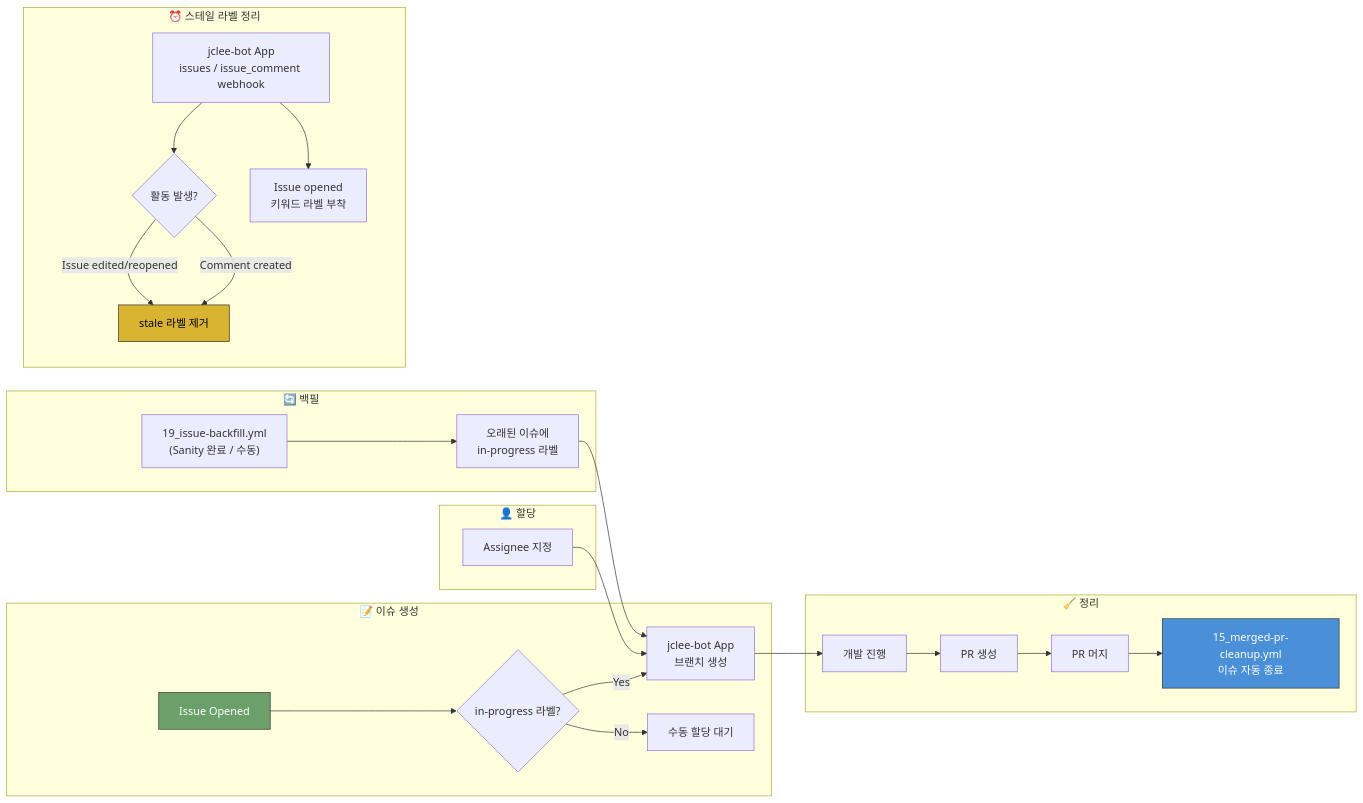
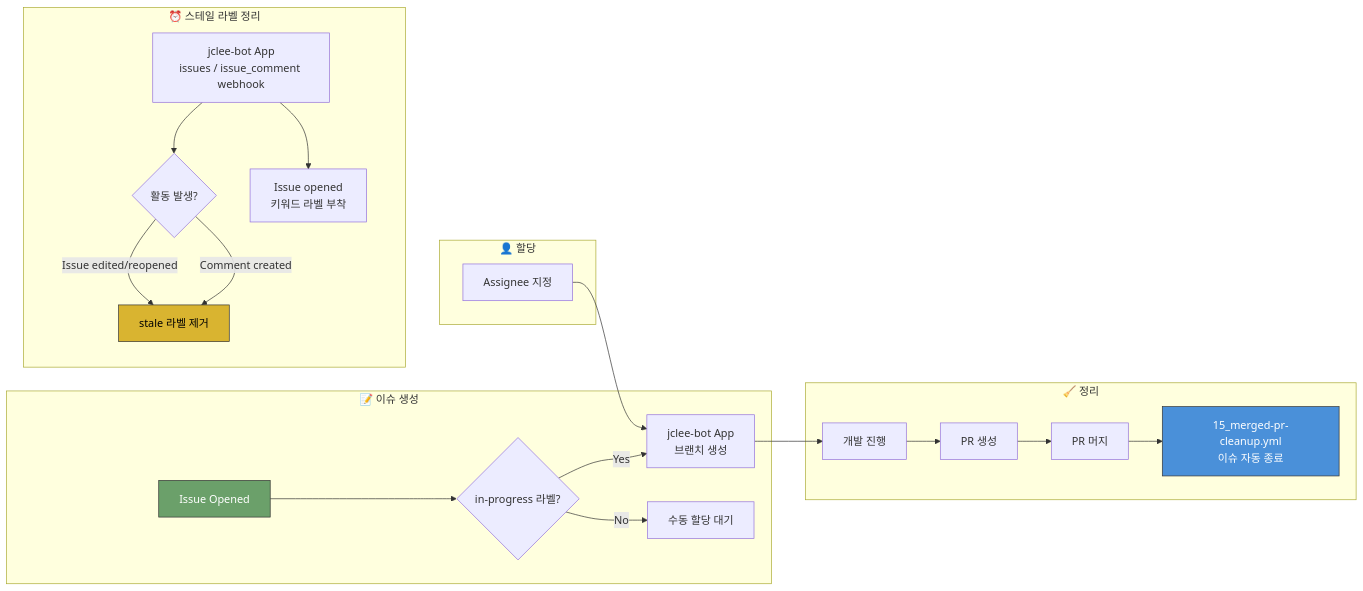
One commit to jclee941/.github changed the fourth of 10 diagrams in docs/architecture.md. Above: the diagram before and after it, drawn with Mermaid. The commit also changed other lines of this file and 13 other files, not shown here.

````diff
--- a/docs/architecture.md
+++ b/docs/architecture.md
@@ -169,35 +169,30 @@
 ```mermaid
 flowchart LR
     subgraph 생성["📝 이슈 생성"]
         A["Issue Opened"] --> B{"in-progress 라벨?"}
         B -->|Yes| C["jclee-bot App<br/>브랜치 생성"]
         B -->|No| D["수동 할당 대기"]
     end
     
     subgraph 할당["👤 할당"]
         E["Assignee 지정"] --> C
-    end
-    
-    subgraph 백필["🔄 백필"]
-        F["19_issue-backfill.yml<br/>(Sanity 완료 / 수동)"] --> G["오래된 이슈에<br/>in-progress 라벨"]
-        G --> C
     end
     
     subgraph 정리["🧹 정리"]
         C --> H["개발 진행"]
         H --> I["PR 생성"]
         I --> J["PR 머지"]
         J --> K["15_merged-pr-cleanup.yml<br/>이슈 자동 종료"]
     end
     
     subgraph 스테일["⏰ 스테일 라벨 정리"]
         L["jclee-bot App<br/>issues / issue_comment webhook"] --> M{"활동 발생?"}
         M -->|Issue edited/reopened| Q["stale 라벨 제거"]
         M -->|Comment created| Q
         L --> N["Issue opened<br/>키워드 라벨 부착"]
     end
     
     style A fill:#6ba06a,stroke:#333,color:#fff
     style K fill:#4a90d9,stroke:#333,color:#fff
     style Q fill:#d9b430,stroke:#333,color:#000
 ```
````
